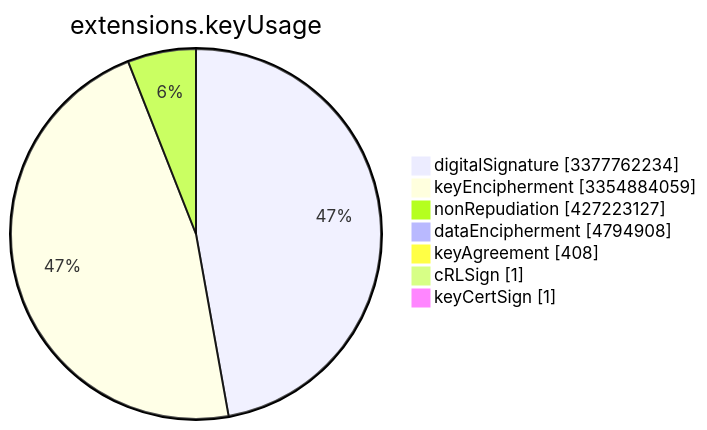
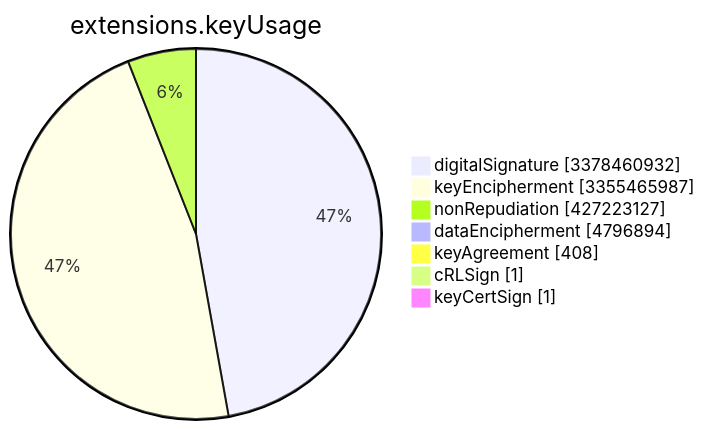
Before and after one commit to christiankrug/ctmonitor_visualization: the sixth of 15 diagrams in TOTAL/README.md, drawn with Mermaid. The commit also changed other lines of this file, not shown here.

````diff
--- a/TOTAL/README.md
+++ b/TOTAL/README.md
@@ -3079,11 +3079,11 @@
 ```mermaid
 pie showData
 title extensions.keyUsage
-"digitalSignature" :3377762234
-"keyEncipherment" :3354884059
+"digitalSignature" :3378460932
+"keyEncipherment" :3355465987
 "nonRepudiation" :427223127
-"dataEncipherment" :4794908
+"dataEncipherment" :4796894
 "keyAgreement" :408
 "cRLSign" :1
 "keyCertSign" :1
 ```
````
